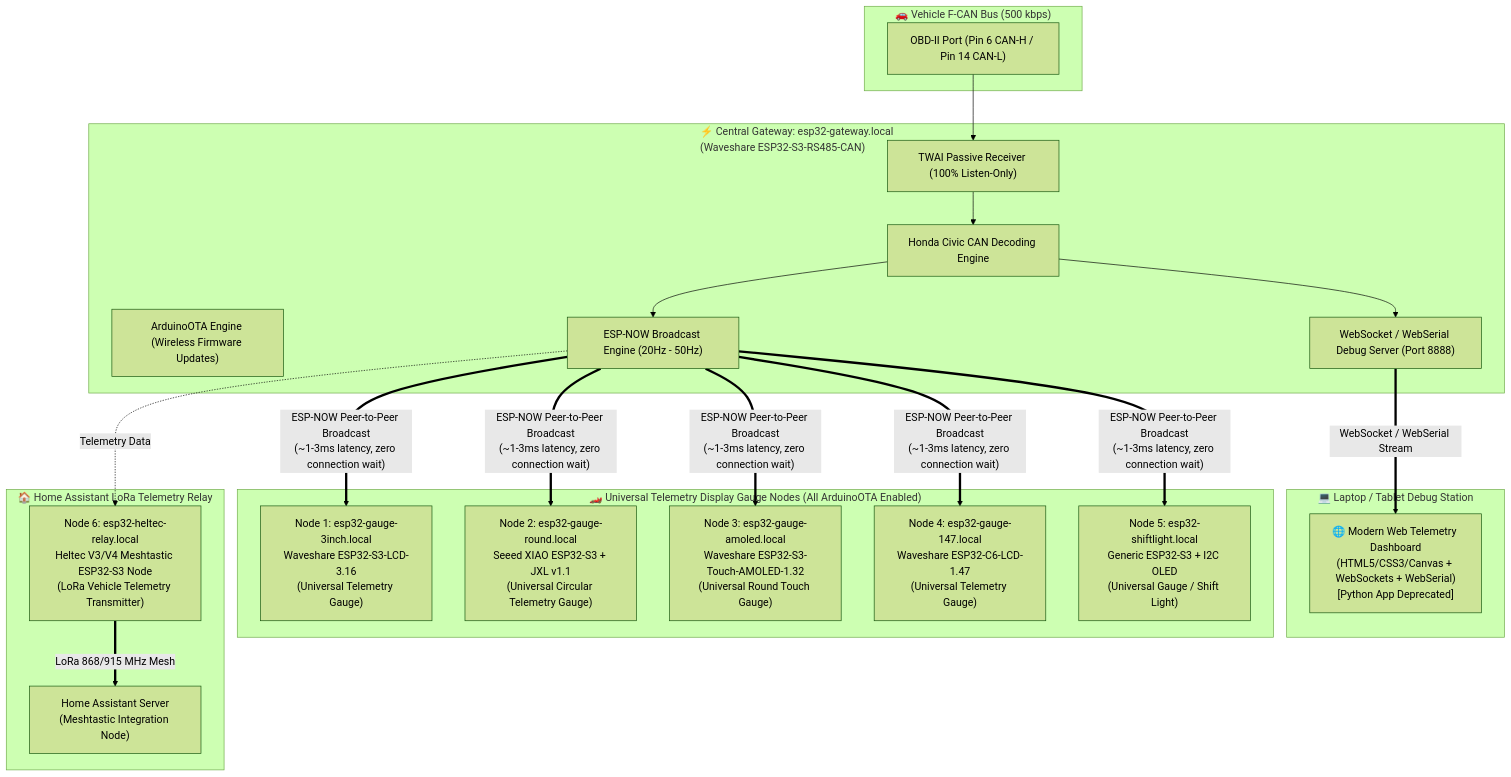
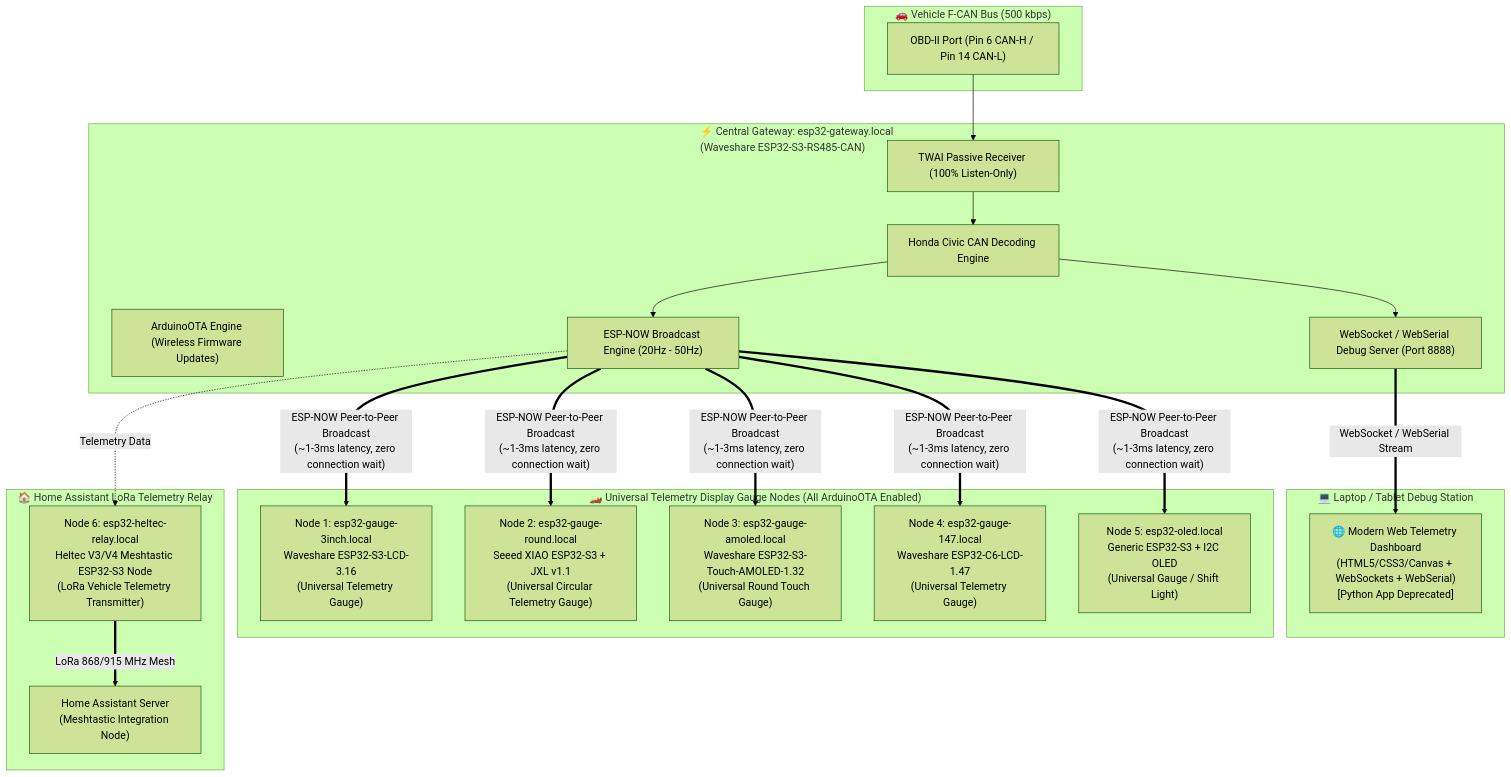
Before and after one commit to bazanski/espDash: the diagram in docs/IMPLEMENTATION_PLAN.md, drawn with Mermaid (forest theme). The commit also changed 3 other files, not shown here.

Commit message:
Update Node 5 mDNS hostname to esp32-oled.local

````diff
--- a/docs/IMPLEMENTATION_PLAN.md
+++ b/docs/IMPLEMENTATION_PLAN.md
@@ -11,45 +11,45 @@
 ```mermaid
 flowchart TD
     subgraph Car_CAN_Bus ["🚗 Vehicle F-CAN Bus (500 kbps)"]
         OBD2["OBD-II Port (Pin 6 CAN-H / Pin 14 CAN-L)"]
     end
 
     subgraph Central_Gateway ["⚡ Central Gateway: esp32-gateway.local\n(Waveshare ESP32-S3-RS485-CAN)"]
         TWAI["TWAI Passive Receiver (100% Listen-Only)"]
         DECODER["Honda Civic CAN Decoding Engine"]
         OTA_GW["ArduinoOTA Engine (Wireless Firmware Updates)"]
         ESPNOW_TX["ESP-NOW Broadcast Engine (20Hz - 50Hz)"]
         WS_SERVER["WebSocket / WebSerial Debug Server (Port 8888)"]
         
         OBD2 --> TWAI --> DECODER
         DECODER --> ESPNOW_TX
         DECODER --> WS_SERVER
     end
 
     subgraph Laptop_Debug ["💻 Laptop / Tablet Debug Station"]
         WEB_APP["🌐 Modern Web Telemetry Dashboard\n(HTML5/CSS3/Canvas + WebSockets + WebSerial)\n[Python App Deprecated]"]
         WS_SERVER ==>|"WebSocket / WebSerial Stream"| WEB_APP
     end
 
     subgraph In_Car_Nodes ["🏎️ Universal Telemetry Display Gauge Nodes (All ArduinoOTA Enabled)"]
         NODE1["Node 1: esp32-gauge-3inch.local\nWaveshare ESP32-S3-LCD-3.16\n(Universal Telemetry Gauge)"]
         NODE2["Node 2: esp32-gauge-round.local\nSeeed XIAO ESP32-S3 + JXL v1.1\n(Universal Circular Telemetry Gauge)"]
         NODE3["Node 3: esp32-gauge-amoled.local\nWaveshare ESP32-S3-Touch-AMOLED-1.32\n(Universal Round Touch Gauge)"]
         NODE4["Node 4: esp32-gauge-147.local\nWaveshare ESP32-C6-LCD-1.47\n(Universal Telemetry Gauge)"]
-        NODE5["Node 5: esp32-shiftlight.local\nGeneric ESP32-S3 + I2C OLED\n(Universal Gauge / Shift Light)"]
+        NODE5["Node 5: esp32-oled.local\nGeneric ESP32-S3 + I2C OLED\n(Universal Gauge / Shift Light)"]
 
         ESPNOW_TX ==>|"ESP-NOW Peer-to-Peer Broadcast\n(~1-3ms latency, zero connection wait)"| NODE1
         ESPNOW_TX ==>|"ESP-NOW Peer-to-Peer Broadcast\n(~1-3ms latency, zero connection wait)"| NODE2
         ESPNOW_TX ==>|"ESP-NOW Peer-to-Peer Broadcast\n(~1-3ms latency, zero connection wait)"| NODE3
         ESPNOW_TX ==>|"ESP-NOW Peer-to-Peer Broadcast\n(~1-3ms latency, zero connection wait)"| NODE4
         ESPNOW_TX ==>|"ESP-NOW Peer-to-Peer Broadcast\n(~1-3ms latency, zero connection wait)"| NODE5
     end
 
     subgraph Home_Automation ["🏠 Home Assistant LoRa Telemetry Relay"]
         NODE6["Node 6: esp32-heltec-relay.local\nHeltec V3/V4 Meshtastic ESP32-S3 Node\n(LoRa Vehicle Telemetry Transmitter)"]
         HA["Home Assistant Server\n(Meshtastic Integration Node)"]
 
         ESPNOW_TX -.->|"Telemetry Data"| NODE6
         NODE6 ==>|"LoRa 868/915 MHz Mesh"| HA
     end
 ```
````
